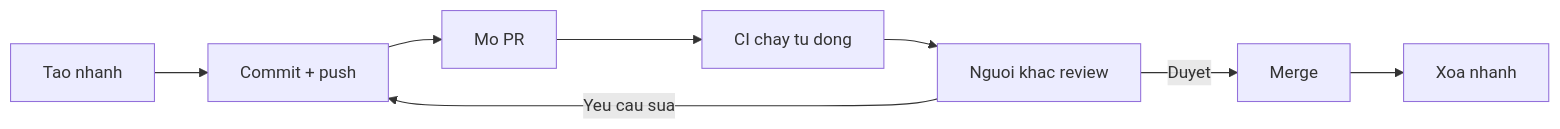
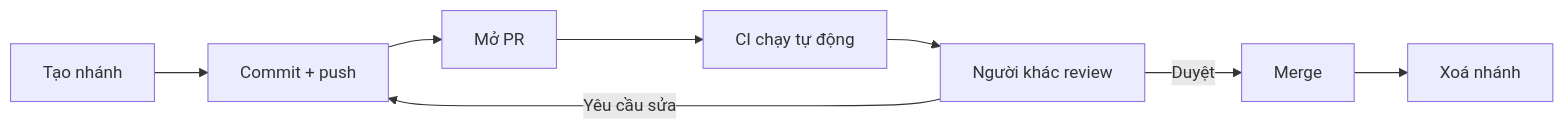
One commit to TienNHM/tiennhm.github.io changed the diagram in docs/09-dotnet-backend-zero-to-senior/stage-01-foundation/module-03-git-developer-workflow/3.6-github-and-pull-request.mdx. Above: the diagram before and after it, drawn with Mermaid. The commit also changed other lines of this file and 17 other files, not shown here.

````diff
--- a/docs/09-dotnet-backend-zero-to-senior/stage-01-foundation/module-03-git-developer-workflow/3.6-github-and-pull-request.mdx
+++ b/docs/09-dotnet-backend-zero-to-senior/stage-01-foundation/module-03-git-developer-workflow/3.6-github-and-pull-request.mdx
@@ -29,10 +29,10 @@
 ```mermaid
 flowchart LR
-    A[Tao nhanh] --> B[Commit + push]
-    B --> C[Mo PR]
-    C --> D[CI chay tu dong]
-    D --> E[Nguoi khac review]
-    E -->|Yeu cau sua| B
-    E -->|Duyet| F[Merge]
-    F --> G[Xoa nhanh]
+    A[Tạo nhánh] --> B[Commit + push]
+    B --> C[Mở PR]
+    C --> D[CI chạy tự động]
+    D --> E[Người khác review]
+    E -->|Yêu cầu sửa| B
+    E -->|Duyệt| F[Merge]
+    F --> G[Xoá nhánh]
 ```
````
